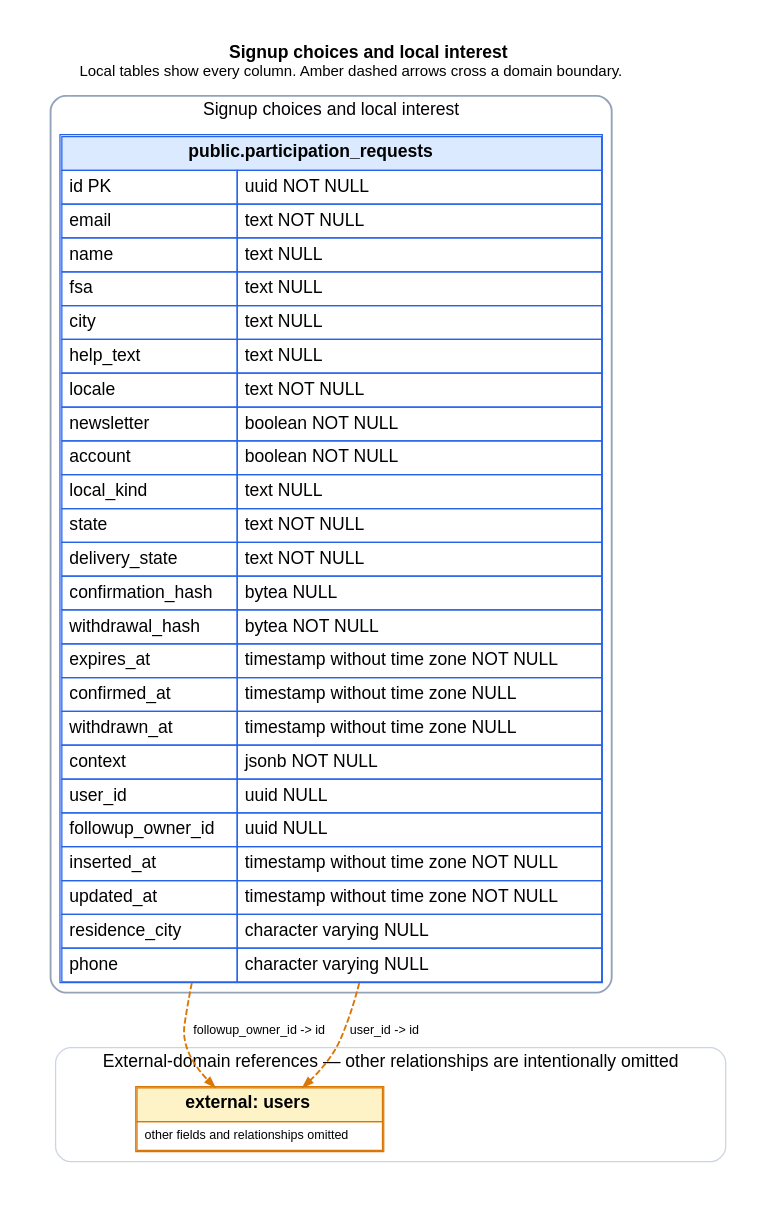
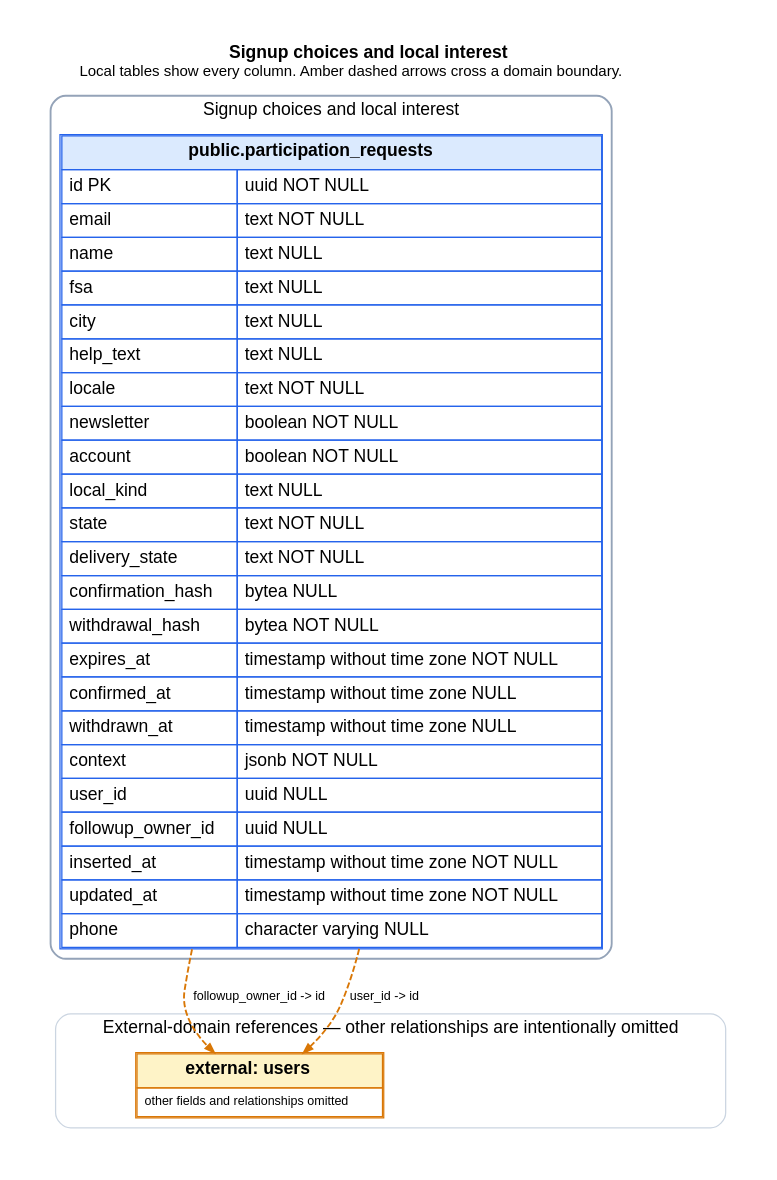
The diagram in docs/schema/domains/participation.dot (ogourment/pauseai.ca-website), drawn with Graphviz before and after one commit. The commit also changed 23 other files, not shown here.

```diff
--- a/docs/schema/domains/participation.dot
+++ b/docs/schema/domains/participation.dot
@@ -1,38 +1,38 @@
 digraph participation {
   graph [rankdir=TB, bgcolor="white", pad=0.35, nodesep=0.6, ranksep=0.9, fontname="Helvetica"];
   node [shape=plain, fontname="Helvetica"];
   edge [fontname="Helvetica", fontsize=10, arrowsize=0.7];
   labelloc="t";
   label=< <B>Signup choices and local interest</B><BR/><FONT POINT-SIZE="12">Local tables show every column. Amber dashed arrows cross a domain boundary.</FONT> >;
 
   subgraph cluster_local {
     label="Signup choices and local interest";
     color="#94a3b8";
     penwidth=1.5;
     style="rounded";
   "participation_requests" [label=<
     <TABLE BORDER="1" CELLBORDER="1" CELLSPACING="0" CELLPADDING="5" COLOR="#2563eb">
       <TR><TD BGCOLOR="#dbeafe" COLSPAN="2"><B>public.participation_requests</B></TD></TR>
-      <TR><TD ALIGN="LEFT">id PK</TD><TD ALIGN="LEFT">uuid NOT NULL</TD></TR><TR><TD ALIGN="LEFT">email</TD><TD ALIGN="LEFT">text NOT NULL</TD></TR><TR><TD ALIGN="LEFT">name</TD><TD ALIGN="LEFT">text NULL</TD></TR><TR><TD ALIGN="LEFT">fsa</TD><TD ALIGN="LEFT">text NULL</TD></TR><TR><TD ALIGN="LEFT">city</TD><TD ALIGN="LEFT">text NULL</TD></TR><TR><TD ALIGN="LEFT">help_text</TD><TD ALIGN="LEFT">text NULL</TD></TR><TR><TD ALIGN="LEFT">locale</TD><TD ALIGN="LEFT">text NOT NULL</TD></TR><TR><TD ALIGN="LEFT">newsletter</TD><TD ALIGN="LEFT">boolean NOT NULL</TD></TR><TR><TD ALIGN="LEFT">account</TD><TD ALIGN="LEFT">boolean NOT NULL</TD></TR><TR><TD ALIGN="LEFT">local_kind</TD><TD ALIGN="LEFT">text NULL</TD></TR><TR><TD ALIGN="LEFT">state</TD><TD ALIGN="LEFT">text NOT NULL</TD></TR><TR><TD ALIGN="LEFT">delivery_state</TD><TD ALIGN="LEFT">text NOT NULL</TD></TR><TR><TD ALIGN="LEFT">confirmation_hash</TD><TD ALIGN="LEFT">bytea NULL</TD></TR><TR><TD ALIGN="LEFT">withdrawal_hash</TD><TD ALIGN="LEFT">bytea NOT NULL</TD></TR><TR><TD ALIGN="LEFT">expires_at</TD><TD ALIGN="LEFT">timestamp without time zone NOT NULL</TD></TR><TR><TD ALIGN="LEFT">confirmed_at</TD><TD ALIGN="LEFT">timestamp without time zone NULL</TD></TR><TR><TD ALIGN="LEFT">withdrawn_at</TD><TD ALIGN="LEFT">timestamp without time zone NULL</TD></TR><TR><TD ALIGN="LEFT">context</TD><TD ALIGN="LEFT">jsonb NOT NULL</TD></TR><TR><TD ALIGN="LEFT">user_id</TD><TD ALIGN="LEFT">uuid NULL</TD></TR><TR><TD ALIGN="LEFT">followup_owner_id</TD><TD ALIGN="LEFT">uuid NULL</TD></TR><TR><TD ALIGN="LEFT">inserted_at</TD><TD ALIGN="LEFT">timestamp without time zone NOT NULL</TD></TR><TR><TD ALIGN="LEFT">updated_at</TD><TD ALIGN="LEFT">timestamp without time zone NOT NULL</TD></TR><TR><TD ALIGN="LEFT">residence_city</TD><TD ALIGN="LEFT">character varying NULL</TD></TR><TR><TD ALIGN="LEFT">phone</TD><TD ALIGN="LEFT">character varying NULL</TD></TR>
+      <TR><TD ALIGN="LEFT">id PK</TD><TD ALIGN="LEFT">uuid NOT NULL</TD></TR><TR><TD ALIGN="LEFT">email</TD><TD ALIGN="LEFT">text NOT NULL</TD></TR><TR><TD ALIGN="LEFT">name</TD><TD ALIGN="LEFT">text NULL</TD></TR><TR><TD ALIGN="LEFT">fsa</TD><TD ALIGN="LEFT">text NULL</TD></TR><TR><TD ALIGN="LEFT">city</TD><TD ALIGN="LEFT">text NULL</TD></TR><TR><TD ALIGN="LEFT">help_text</TD><TD ALIGN="LEFT">text NULL</TD></TR><TR><TD ALIGN="LEFT">locale</TD><TD ALIGN="LEFT">text NOT NULL</TD></TR><TR><TD ALIGN="LEFT">newsletter</TD><TD ALIGN="LEFT">boolean NOT NULL</TD></TR><TR><TD ALIGN="LEFT">account</TD><TD ALIGN="LEFT">boolean NOT NULL</TD></TR><TR><TD ALIGN="LEFT">local_kind</TD><TD ALIGN="LEFT">text NULL</TD></TR><TR><TD ALIGN="LEFT">state</TD><TD ALIGN="LEFT">text NOT NULL</TD></TR><TR><TD ALIGN="LEFT">delivery_state</TD><TD ALIGN="LEFT">text NOT NULL</TD></TR><TR><TD ALIGN="LEFT">confirmation_hash</TD><TD ALIGN="LEFT">bytea NULL</TD></TR><TR><TD ALIGN="LEFT">withdrawal_hash</TD><TD ALIGN="LEFT">bytea NOT NULL</TD></TR><TR><TD ALIGN="LEFT">expires_at</TD><TD ALIGN="LEFT">timestamp without time zone NOT NULL</TD></TR><TR><TD ALIGN="LEFT">confirmed_at</TD><TD ALIGN="LEFT">timestamp without time zone NULL</TD></TR><TR><TD ALIGN="LEFT">withdrawn_at</TD><TD ALIGN="LEFT">timestamp without time zone NULL</TD></TR><TR><TD ALIGN="LEFT">context</TD><TD ALIGN="LEFT">jsonb NOT NULL</TD></TR><TR><TD ALIGN="LEFT">user_id</TD><TD ALIGN="LEFT">uuid NULL</TD></TR><TR><TD ALIGN="LEFT">followup_owner_id</TD><TD ALIGN="LEFT">uuid NULL</TD></TR><TR><TD ALIGN="LEFT">inserted_at</TD><TD ALIGN="LEFT">timestamp without time zone NOT NULL</TD></TR><TR><TD ALIGN="LEFT">updated_at</TD><TD ALIGN="LEFT">timestamp without time zone NOT NULL</TD></TR><TR><TD ALIGN="LEFT">phone</TD><TD ALIGN="LEFT">character varying NULL</TD></TR>
     </TABLE>
   >];
 
   }
 
   subgraph cluster_external {
     label="External-domain references — other relationships are intentionally omitted";
     color="#cbd5e1";
     penwidth=1;
     style="rounded";
   "users" [label=<
     <TABLE BORDER="1" CELLBORDER="1" CELLSPACING="0" CELLPADDING="5" COLOR="#d97706">
       <TR><TD BGCOLOR="#fef3c7"><B>external: users</B></TD></TR>
       <TR><TD><FONT POINT-SIZE="10">other fields and relationships omitted</FONT></TD></TR>
     </TABLE>
   >];
 
   }
 
   "participation_requests" -> "users" [label="followup_owner_id -> id", color="#d97706", style="dashed", penwidth=1.5];
   "participation_requests" -> "users" [label="user_id -> id", color="#d97706", style="dashed", penwidth=1.5];
 }
```
